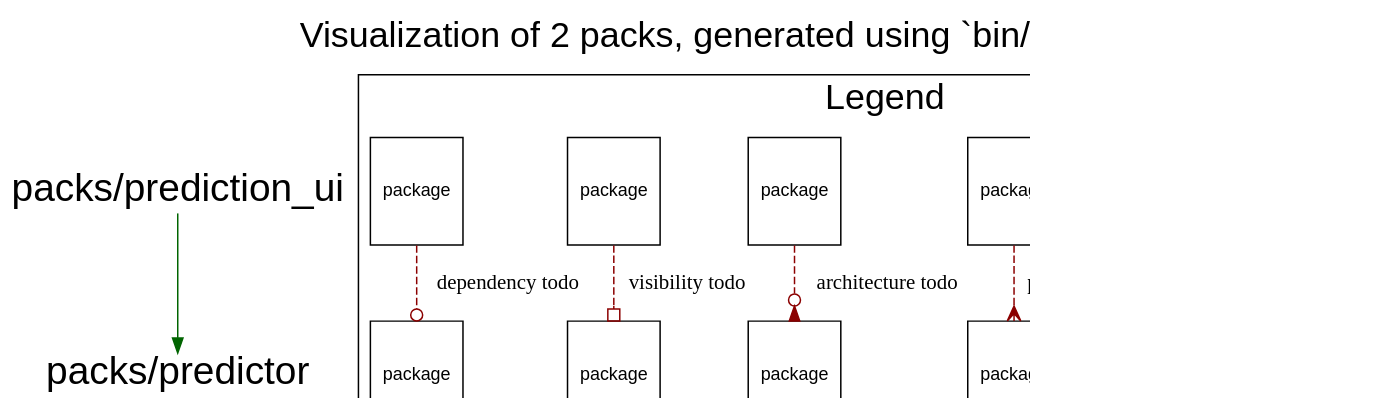
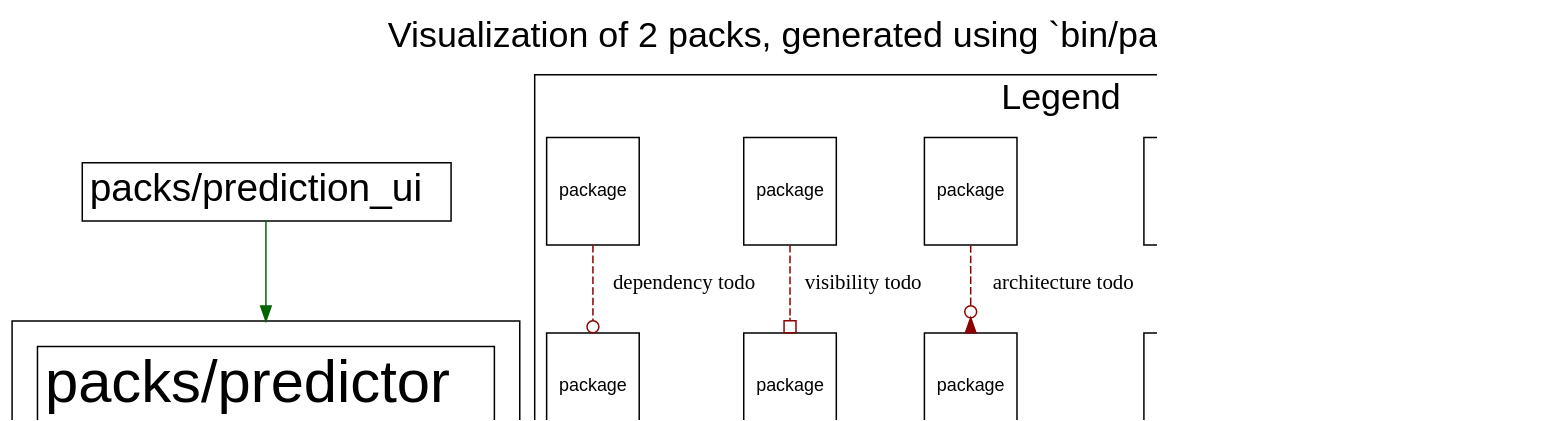
Before and after one commit to shageman/package-based-rails-applications-book: the diagram in c4s01/sportsball/packs/predictor/packs.dot, drawn with Graphviz. The commit also changed 1037 other files, not shown here.

Commit message:
Improve new packs diagrams when packages are not in layers

```diff
--- a/c4s01/sportsball/packs/predictor/packs.dot
+++ b/c4s01/sportsball/packs/predictor/packs.dot
@@ -1,49 +1,80 @@
 digraph package_diagram {
   rankdir=TD
 
   graph [
     labelloc="t"
     fontname="Helvetica,Arial,sans-serif"
     dpi=100
     layout=dot
     label="Visualization of 2 packs, generated using `bin/packs`",
     fontsize=24
   ]
   node [
     fontname="Helvetica,Arial,sans-serif"
     fontsize=26.0
     fontcolor=black
     fillcolor=white
     color=black
     height=1.0
     style=filled
     shape=plain
   ]
 
+    subgraph NotInLayer {
+      shape=box
+      color=darkgrey
+      fillcolor=lightblue
+      style=filled
+
+
+        "packs/predictor" [
+            fontsize=40.0
+              URL="https://github.com/shageman/package-based-rails-applications-book/tree/main/c4s07/sportsball/packs/predictor"
+            label= 
+              <
+                <table border='0' cellborder='1' cellspacing='0' cellpadding='16'><tr><td>
+                  <table border='0' cellborder='1' cellspacing='0' cellpadding='4'>
+                    <tr> <td port='private'> packs/predictor </td> </tr>
+                  </table>
+                </td></tr></table>
+              >
+          ]
+
+        "packs/prediction_ui" [
+            fontsize=26.0
+              URL="https://github.com/shageman/package-based-rails-applications-book/tree/main/c4s07/sportsball/packs/prediction_ui"
+            label=               <
+                <table border='0' cellborder='1' cellspacing='0' cellpadding='4'>
+                  <tr> <td align='left'> packs/prediction_ui </td> </tr>
+                </table>
+              >
+          ]
+
+    }
 
           "packs/prediction_ui" -> "packs/predictor" [
             color=darkgreen
           ]
 
 
   subgraph cluster_legend {
     label="Legend"
 
     A [ fontsize=12 shape=box label="package"]
     B [ fontsize=12 shape=box label="package"]
     C [ fontsize=12 shape=box label="package"]
     D [ fontsize=12 shape=box label="package"]
     E [ fontsize=12 shape=box label="package"]
     F [ fontsize=12 shape=box label="package"]
     G [ fontsize=12 shape=box label="package"]
     H [ fontsize=12 shape=box label="package"]
     I [ fontsize=12 shape=box label="package"]
     J [ fontsize=12 shape=box label="package"]
 
     A -> B [label="accepted dependency" color=darkgreen]
     C -> D [label="privac todo" color=darkred style=dashed arrowhead=crow]
     E -> F [label="architecture todo" color=darkred style=dashed arrowhead=invodot]
     G -> H [label="visibility todo" color=darkred style=dashed arrowhead=obox]
     I -> J [label="dependency todo" color=darkred style=dashed arrowhead=odot]
   }
 }
```
